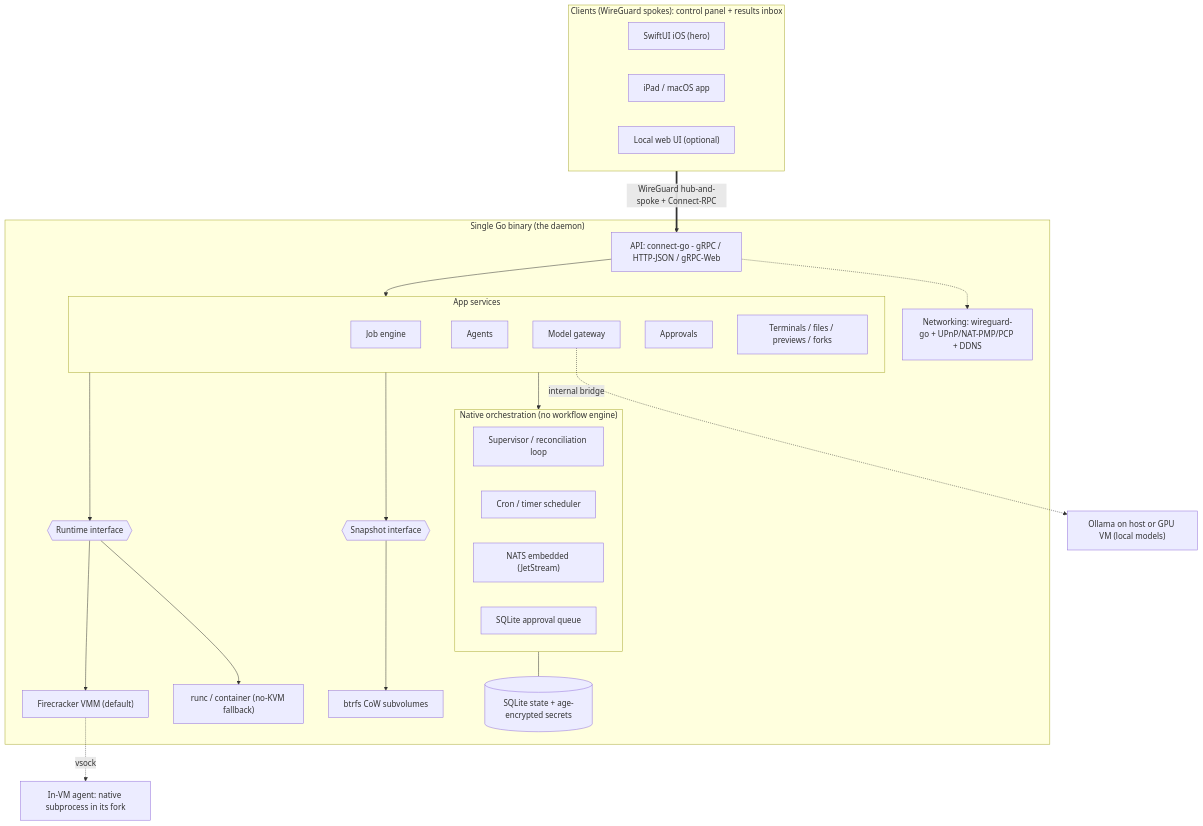
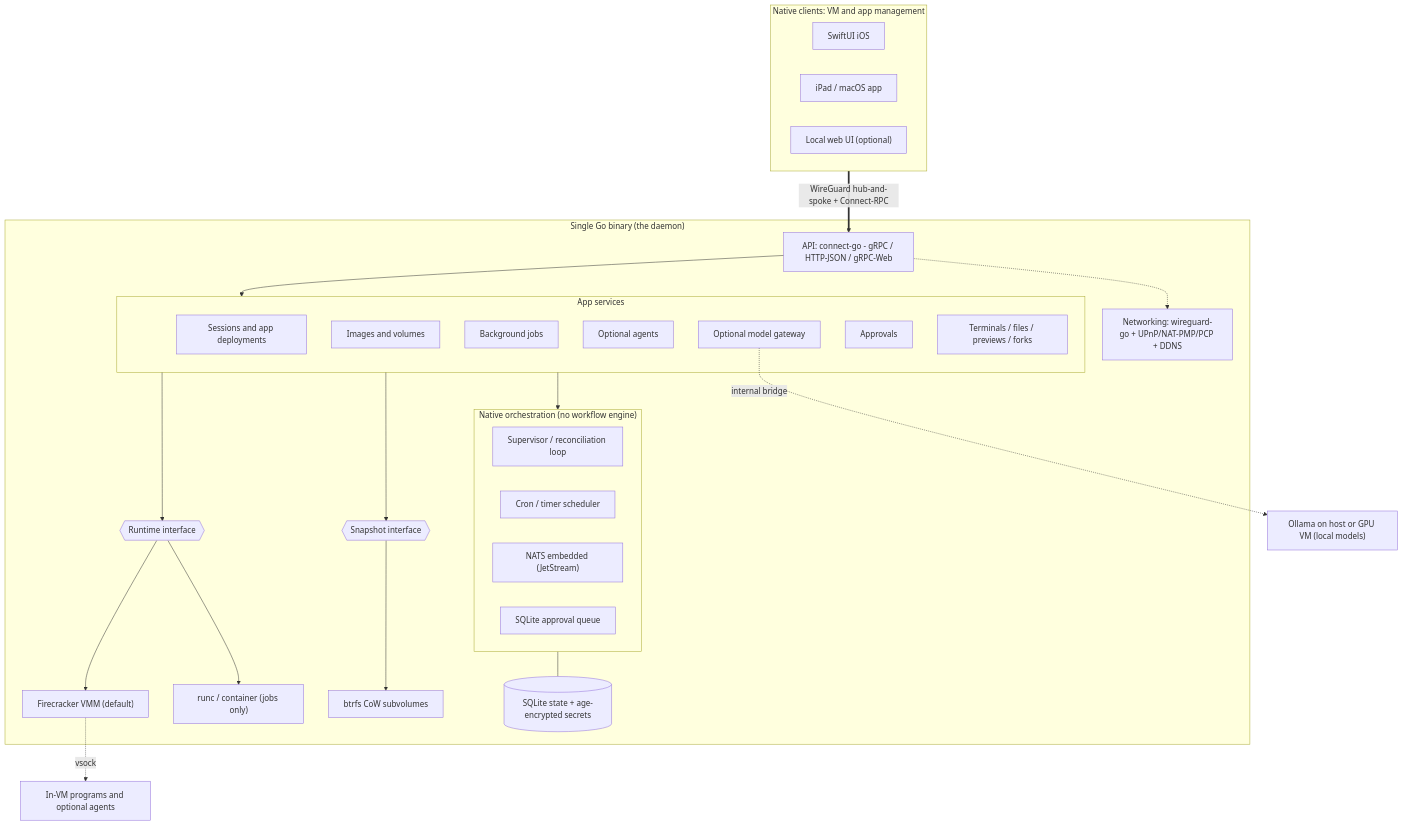
One commit to joshjon/fletcher changed the first of 3 diagrams in DESIGN.md. Above: the diagram before and after it, drawn with Mermaid. The commit also changed other lines of this file and 11 other files, not shown here.

````diff
--- a/DESIGN.md
+++ b/DESIGN.md
@@ -60,50 +66,52 @@
 ```mermaid
 flowchart TD
-    subgraph clients["Clients (WireGuard spokes): control panel + results inbox"]
-        C1["SwiftUI iOS (hero)"]
+    subgraph clients["Native clients: VM and app management"]
+        C1["SwiftUI iOS"]
         C2["iPad / macOS app"]
         C3["Local web UI (optional)"]
     end
 
     clients ==>|WireGuard hub-and-spoke + Connect-RPC| API
 
     subgraph daemon["Single Go binary (the daemon)"]
         API["API: connect-go - gRPC / HTTP-JSON / gRPC-Web"]
 
         subgraph svc["App services"]
-            JOB["Job engine"]
-            AG["Agents"]
-            GW["Model gateway"]
+            SESSION["Sessions and app deployments"]
+            IMAGE["Images and volumes"]
+            JOB["Background jobs"]
+            AG["Optional agents"]
+            GW["Optional model gateway"]
             APP["Approvals"]
             TFP["Terminals / files / previews / forks"]
         end
 
         subgraph orch["Native orchestration (no workflow engine)"]
             SUP["Supervisor / reconciliation loop"]
             CRON["Cron / timer scheduler"]
             NATS["NATS embedded (JetStream)"]
             AQ["SQLite approval queue"]
         end
 
         RI{{"Runtime interface"}}
         FC["Firecracker VMM (default)"]
-        RUNC["runc / container (no-KVM fallback)"]
+        RUNC["runc / container (jobs only)"]
         SI{{"Snapshot interface"}}
         BTRFS["btrfs CoW subvolumes"]
         STORE[("SQLite state + age-encrypted secrets")]
         NETW["Networking: wireguard-go + UPnP/NAT-PMP/PCP + DDNS"]
 
         API --> svc
         svc --> orch
         orch --- STORE
         svc --> RI
         RI --> FC
         RI --> RUNC
         svc --> SI
         SI --> BTRFS
         API -.-> NETW
     end
 
-    FC -.->|vsock| GUEST["In-VM agent: native subprocess in its fork"]
+    FC -.->|vsock| GUEST["In-VM programs and optional agents"]
     GW -.->|internal bridge| OLLAMA["Ollama on host or GPU VM (local models)"]
 ```
````
